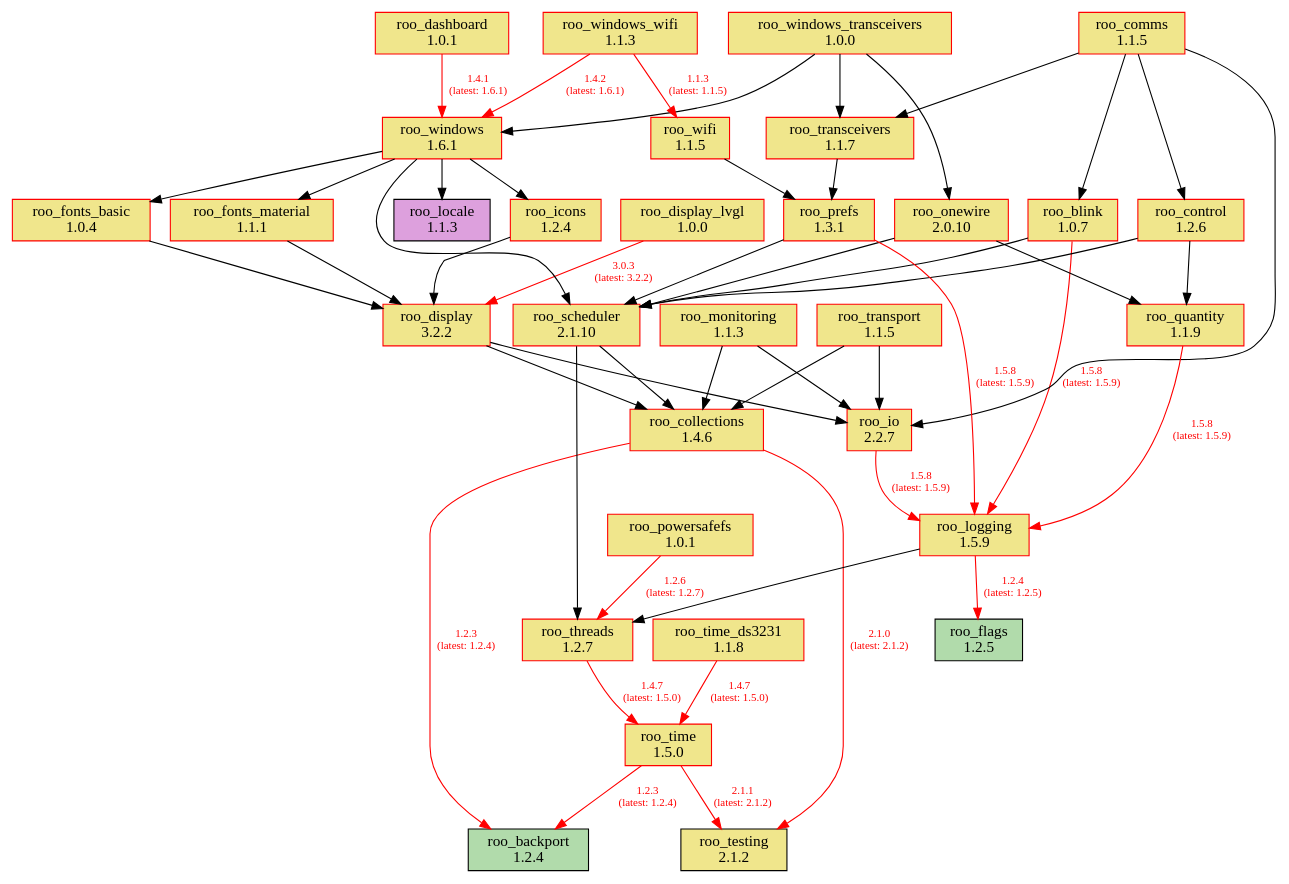
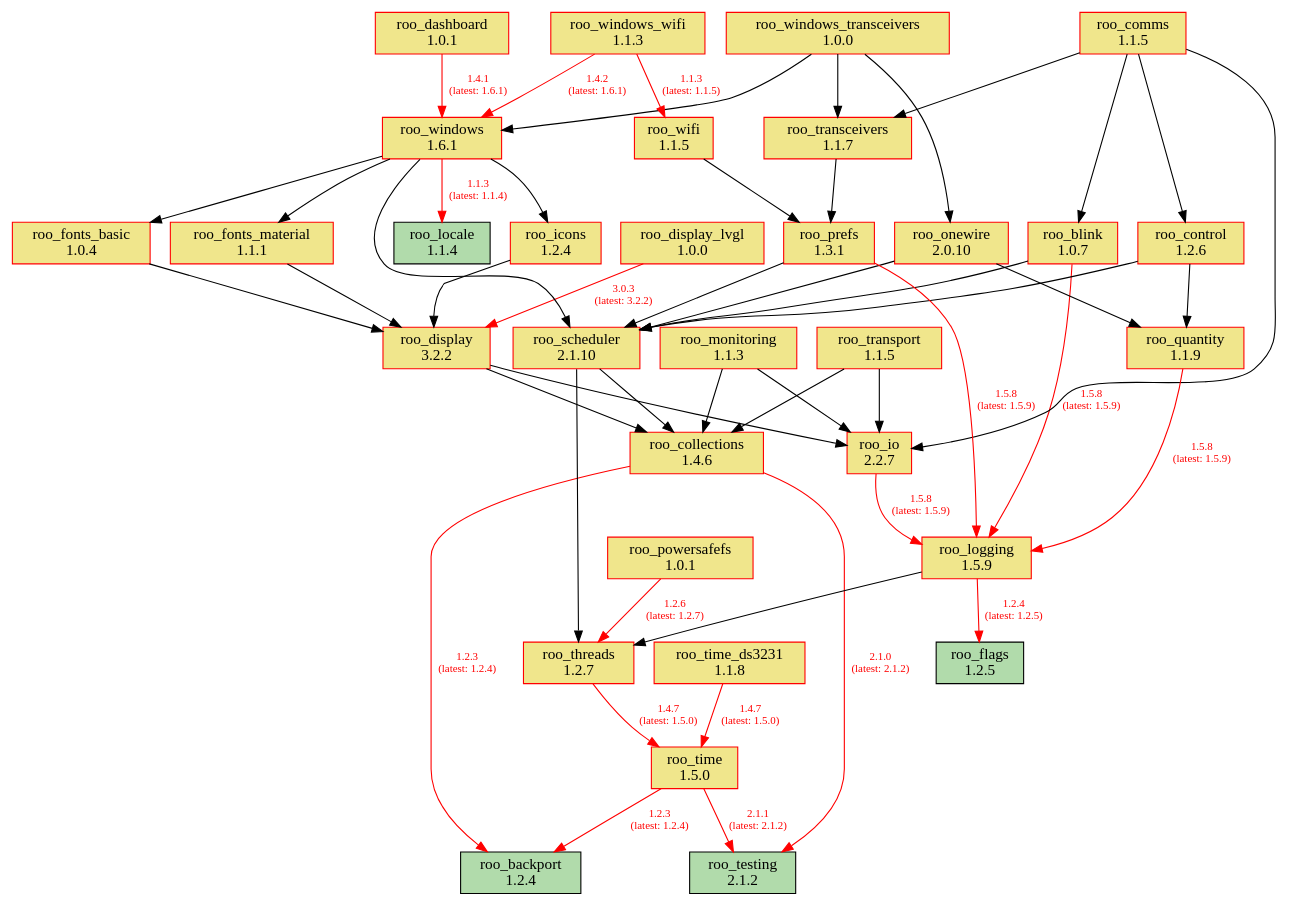
One commit to dejwk/roo-registry changed the diagram in doc/dependencies.dot. Above: the diagram before and after it, drawn with Graphviz. The commit also changed 3 other files, not shown here.

Commit message:
Added roo_locale 1.1.4 to the registry.

```diff
--- a/doc/dependencies.dot
+++ b/doc/dependencies.dot
@@ -1,88 +1,88 @@
 digraph dependencies {
     rankdir=TB;
     node [shape=box, style=filled];
     edge [fontsize=10];
 
     // Modules
     "roo_backport" [label="roo_backport\n1.2.4", fillcolor="#b1dbab", color="black"];
     "roo_blink" [label="roo_blink\n1.0.7", fillcolor="khaki", color="red"];
     "roo_collections" [label="roo_collections\n1.4.6", fillcolor="khaki", color="red"];
     "roo_comms" [label="roo_comms\n1.1.5", fillcolor="khaki", color="red"];
     "roo_control" [label="roo_control\n1.2.6", fillcolor="khaki", color="red"];
     "roo_dashboard" [label="roo_dashboard\n1.0.1", fillcolor="khaki", color="red"];
     "roo_display" [label="roo_display\n3.2.2", fillcolor="khaki", color="red"];
     "roo_display_lvgl" [label="roo_display_lvgl\n1.0.0", fillcolor="khaki", color="red"];
     "roo_flags" [label="roo_flags\n1.2.5", fillcolor="#b1dbab", color="black"];
     "roo_fonts_basic" [label="roo_fonts_basic\n1.0.4", fillcolor="khaki", color="red"];
     "roo_fonts_material" [label="roo_fonts_material\n1.1.1", fillcolor="khaki", color="red"];
     "roo_icons" [label="roo_icons\n1.2.4", fillcolor="khaki", color="red"];
     "roo_io" [label="roo_io\n2.2.7", fillcolor="khaki", color="red"];
-    "roo_locale" [label="roo_locale\n1.1.3", fillcolor="plum", color="black"];
+    "roo_locale" [label="roo_locale\n1.1.4", fillcolor="#b1dbab", color="black"];
     "roo_logging" [label="roo_logging\n1.5.9", fillcolor="khaki", color="red"];
     "roo_monitoring" [label="roo_monitoring\n1.1.3", fillcolor="khaki", color="red"];
     "roo_onewire" [label="roo_onewire\n2.0.10", fillcolor="khaki", color="red"];
     "roo_powersafefs" [label="roo_powersafefs\n1.0.1", fillcolor="khaki", color="red"];
     "roo_prefs" [label="roo_prefs\n1.3.1", fillcolor="khaki", color="red"];
     "roo_quantity" [label="roo_quantity\n1.1.9", fillcolor="khaki", color="red"];
     "roo_scheduler" [label="roo_scheduler\n2.1.10", fillcolor="khaki", color="red"];
-    "roo_testing" [label="roo_testing\n2.1.2", fillcolor="khaki", color="black"];
+    "roo_testing" [label="roo_testing\n2.1.2", fillcolor="#b1dbab", color="black"];
     "roo_threads" [label="roo_threads\n1.2.7", fillcolor="khaki", color="red"];
     "roo_time" [label="roo_time\n1.5.0", fillcolor="khaki", color="red"];
     "roo_time_ds3231" [label="roo_time_ds3231\n1.1.8", fillcolor="khaki", color="red"];
     "roo_transceivers" [label="roo_transceivers\n1.1.7", fillcolor="khaki", color="red"];
     "roo_transport" [label="roo_transport\n1.1.5", fillcolor="khaki", color="red"];
     "roo_wifi" [label="roo_wifi\n1.1.5", fillcolor="khaki", color="red"];
     "roo_windows" [label="roo_windows\n1.6.1", fillcolor="khaki", color="red"];
     "roo_windows_transceivers" [label="roo_windows_transceivers\n1.0.0", fillcolor="khaki", color="red"];
     "roo_windows_wifi" [label="roo_windows_wifi\n1.1.3", fillcolor="khaki", color="red"];
 
     // Dependencies
     "roo_blink" -> "roo_logging" [color=red, fontcolor=red, label="1.5.8\n(latest: 1.5.9)"];
     "roo_blink" -> "roo_scheduler";
     "roo_collections" -> "roo_testing" [color=red, fontcolor=red, label="2.1.0\n(latest: 2.1.2)"];
     "roo_collections" -> "roo_backport" [color=red, fontcolor=red, label="1.2.3\n(latest: 1.2.4)"];
     "roo_comms" -> "roo_blink";
     "roo_comms" -> "roo_control";
     "roo_comms" -> "roo_io";
     "roo_comms" -> "roo_transceivers";
     "roo_control" -> "roo_quantity";
     "roo_control" -> "roo_scheduler";
     "roo_dashboard" -> "roo_windows" [color=red, fontcolor=red, label="1.4.1\n(latest: 1.6.1)"];
     "roo_display" -> "roo_collections";
     "roo_display" -> "roo_io";
     "roo_display_lvgl" -> "roo_display" [color=red, fontcolor=red, label="3.0.3\n(latest: 3.2.2)"];
     "roo_fonts_basic" -> "roo_display";
     "roo_fonts_material" -> "roo_display";
     "roo_icons" -> "roo_display";
     "roo_io" -> "roo_logging" [color=red, fontcolor=red, label="1.5.8\n(latest: 1.5.9)"];
     "roo_logging" -> "roo_flags" [color=red, fontcolor=red, label="1.2.4\n(latest: 1.2.5)"];
     "roo_logging" -> "roo_threads";
     "roo_monitoring" -> "roo_collections";
     "roo_monitoring" -> "roo_io";
     "roo_onewire" -> "roo_scheduler";
     "roo_onewire" -> "roo_quantity";
     "roo_powersafefs" -> "roo_threads" [color=red, fontcolor=red, label="1.2.6\n(latest: 1.2.7)"];
     "roo_prefs" -> "roo_logging" [color=red, fontcolor=red, label="1.5.8\n(latest: 1.5.9)"];
     "roo_prefs" -> "roo_scheduler";
     "roo_quantity" -> "roo_logging" [color=red, fontcolor=red, label="1.5.8\n(latest: 1.5.9)"];
     "roo_scheduler" -> "roo_collections";
     "roo_scheduler" -> "roo_threads";
     "roo_threads" -> "roo_time" [color=red, fontcolor=red, label="1.4.7\n(latest: 1.5.0)"];
     "roo_time" -> "roo_testing" [color=red, fontcolor=red, label="2.1.1\n(latest: 2.1.2)"];
     "roo_time" -> "roo_backport" [color=red, fontcolor=red, label="1.2.3\n(latest: 1.2.4)"];
     "roo_time_ds3231" -> "roo_time" [color=red, fontcolor=red, label="1.4.7\n(latest: 1.5.0)"];
     "roo_transceivers" -> "roo_prefs";
     "roo_transport" -> "roo_collections";
     "roo_transport" -> "roo_io";
     "roo_wifi" -> "roo_prefs";
     "roo_windows" -> "roo_fonts_basic";
     "roo_windows" -> "roo_fonts_material";
-    "roo_windows" -> "roo_locale";
+    "roo_windows" -> "roo_locale" [color=red, fontcolor=red, label="1.1.3\n(latest: 1.1.4)"];
     "roo_windows" -> "roo_icons";
     "roo_windows" -> "roo_scheduler";
     "roo_windows_transceivers" -> "roo_onewire";
     "roo_windows_transceivers" -> "roo_transceivers";
     "roo_windows_transceivers" -> "roo_windows";
     "roo_windows_wifi" -> "roo_wifi" [color=red, fontcolor=red, label="1.1.3\n(latest: 1.1.5)"];
     "roo_windows_wifi" -> "roo_windows" [color=red, fontcolor=red, label="1.4.2\n(latest: 1.6.1)"];
 }
```
